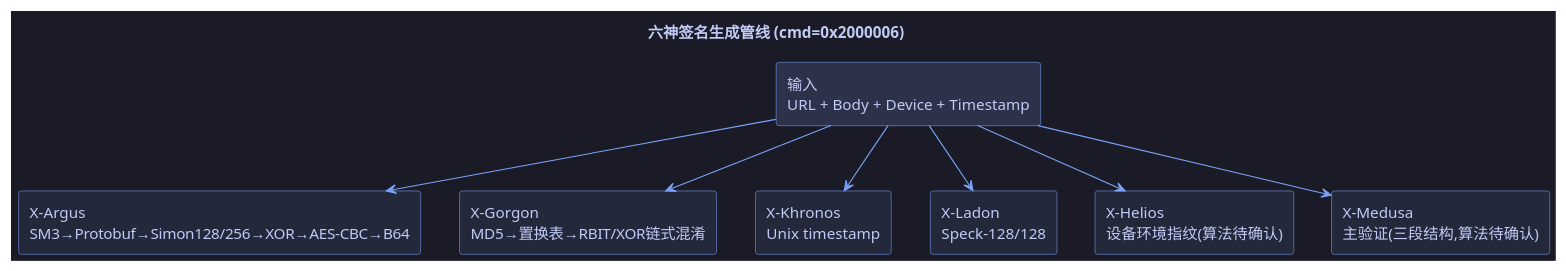
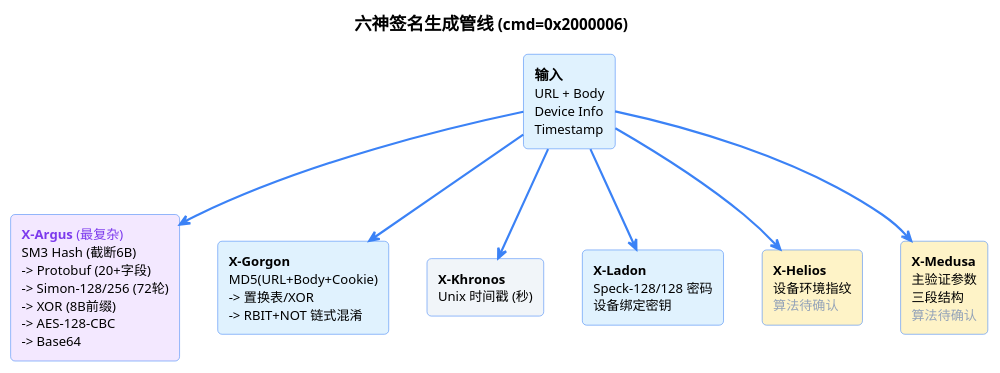
One commit to overkazaf/blogs changed the diagram in static/images/sixgod/signature_pipeline.puml. Above: the diagram before and after it, drawn with PlantUML. The commit also changed 9 other files, not shown here.

First line of the commit message:
Redesign all PlantUML diagrams: white bg, high contrast, unified palette

```diff
--- a/static/images/sixgod/signature_pipeline.puml
+++ b/static/images/sixgod/signature_pipeline.puml
@@ -1,25 +1,35 @@
 @startuml
-skinparam backgroundColor #1a1b26
-skinparam defaultFontColor #c0caf5
-skinparam rectangleBackgroundColor #24283b
-skinparam rectangleBorderColor #7aa2f7
-skinparam arrowColor #7aa2f7
+skinparam backgroundColor #FFFFFF
+skinparam defaultFontName "Segoe UI,Helvetica,Arial,sans-serif"
+skinparam defaultFontSize 12
+skinparam shadowing false
+skinparam roundCorner 8
+skinparam rectangleBackgroundColor #f1f5f9
+skinparam rectangleBorderColor #3b82f6
+skinparam arrowColor #3b82f6
+skinparam arrowThickness 2
 
-title 六神签名生成管线 (cmd=0x2000006)
+title <font size=16><b>六神签名生成管线</b></font> (cmd=0x2000006)
 
-rectangle "输入\nURL + Body + Device + Timestamp" as IN #2d3149
+rectangle "<font size=13><b>输入</b></font>\nURL + Body\nDevice Info\nTimestamp" as IN #e0f2fe
 
-rectangle "X-Argus\nSM3→Protobuf→Simon128/256→XOR→AES-CBC→B64" as ARG
-rectangle "X-Gorgon\nMD5→置换表→RBIT/XOR链式混淆" as GOR
-rectangle "X-Khronos\nUnix timestamp" as KHR
-rectangle "X-Ladon\nSpeck-128/128" as LAD
-rectangle "X-Helios\n设备环境指纹(算法待确认)" as HEL
-rectangle "X-Medusa\n主验证(三段结构,算法待确认)" as MED
+rectangle "<font color=#7c3aed><b>X-Argus</b> (最复杂)</font>\nSM3 Hash (截断6B)\n-> Protobuf (20+字段)\n-> Simon-128/256 (72轮)\n-> XOR (8B前缀)\n-> AES-128-CBC\n-> Base64" as ARG #f3e8ff
+
+rectangle "<b>X-Gorgon</b>\nMD5(URL+Body+Cookie)\n-> 置换表/XOR\n-> RBIT+NOT 链式混淆" as GOR #e0f2fe
+
+rectangle "<b>X-Khronos</b>\nUnix 时间戳 (秒)" as KHR #f1f5f9
+
+rectangle "<b>X-Ladon</b>\nSpeck-128/128 密码\n设备绑定密钥" as LAD #e0f2fe
+
+rectangle "<b>X-Helios</b>\n设备环境指纹\n<font color=#94a3b8>算法待确认</font>" as HEL #fef3c7
+
+rectangle "<b>X-Medusa</b>\n主验证参数\n三段结构\n<font color=#94a3b8>算法待确认</font>" as MED #fef3c7
 
 IN --> ARG
 IN --> GOR
 IN --> KHR
 IN --> LAD
 IN --> HEL
 IN --> MED
+
 @enduml
```
